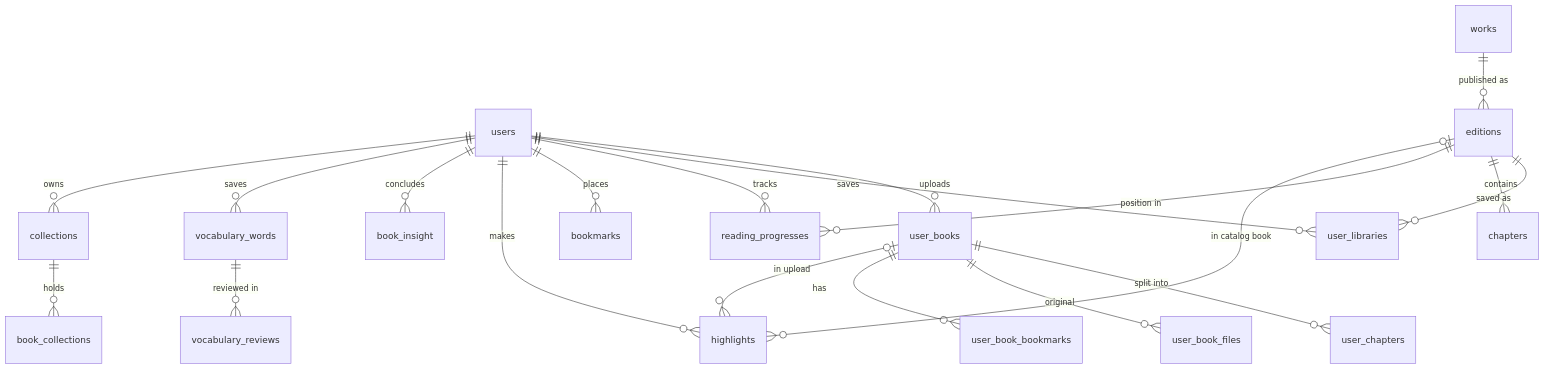
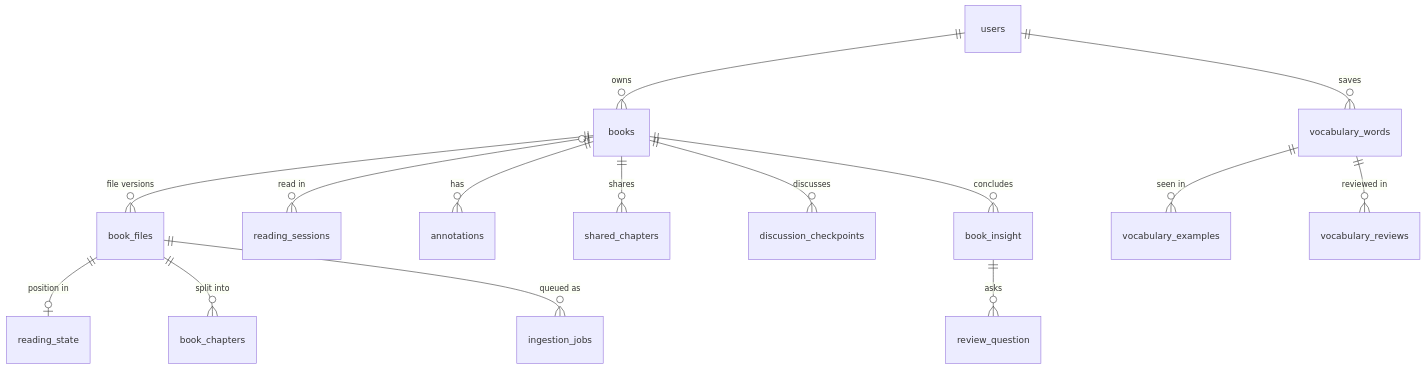
One commit to mrviduus/textstack changed the diagram in docs/architecture/data-model.md. Above: the diagram before and after it, drawn with Mermaid. The commit also changed other lines of this file and 39 other files, not shown here.

````diff
--- a/docs/architecture/data-model.md
+++ b/docs/architecture/data-model.md
@@ -176,22 +50,17 @@
 ```mermaid
 erDiagram
-    users ||--o{ user_books : uploads
-    user_books ||--o{ user_chapters : "split into"
-    user_books ||--o{ user_book_files : original
-    user_books ||--o{ user_book_bookmarks : has
-    users ||--o{ user_libraries : saves
-    editions ||--o{ user_libraries : "saved as"
-    works ||--o{ editions : "published as"
-    editions ||--o{ chapters : contains
-    users ||--o{ reading_progresses : tracks
-    editions ||--o{ reading_progresses : "position in"
-    users ||--o{ bookmarks : places
-    users ||--o{ highlights : makes
-    editions |o--o{ highlights : "in catalog book"
-    user_books |o--o{ highlights : "in upload"
-    users ||--o{ book_insight : concludes
+    users ||--o{ books : owns
+    books ||--o{ book_files : "file versions"
+    book_files ||--o| reading_state : "position in"
+    books |o--o{ reading_sessions : "read in"
+    books ||--o{ annotations : has
     users ||--o{ vocabulary_words : saves
+    vocabulary_words ||--o{ vocabulary_examples : "seen in"
     vocabulary_words ||--o{ vocabulary_reviews : "reviewed in"
-    users ||--o{ collections : owns
-    collections ||--o{ book_collections : holds
+    books ||--o{ shared_chapters : shares
+    books ||--o{ discussion_checkpoints : discusses
+    books ||--o{ book_insight : concludes
+    book_insight ||--o{ review_question : asks
+    book_files ||--o{ book_chapters : "split into"
+    book_files ||--o{ ingestion_jobs : "queued as"
 ```
````
